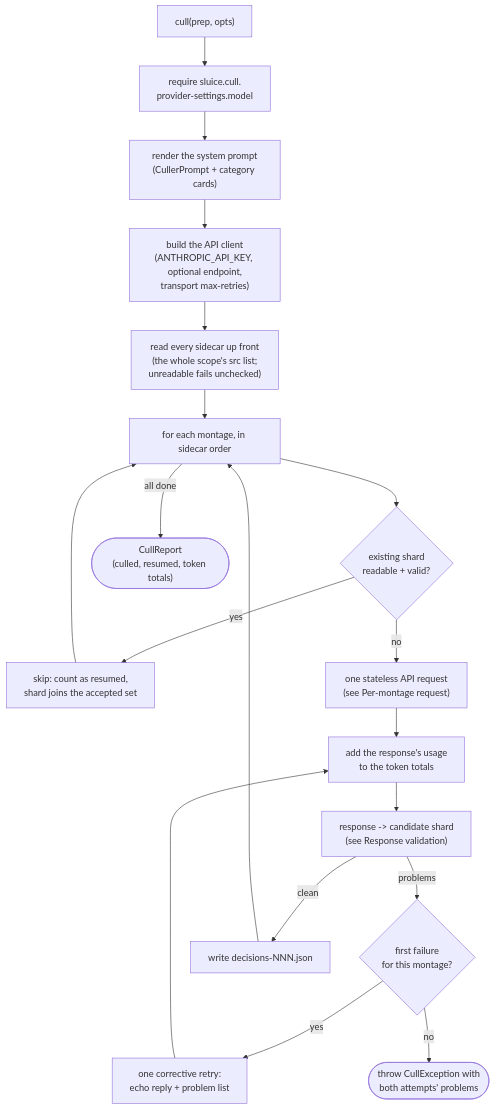
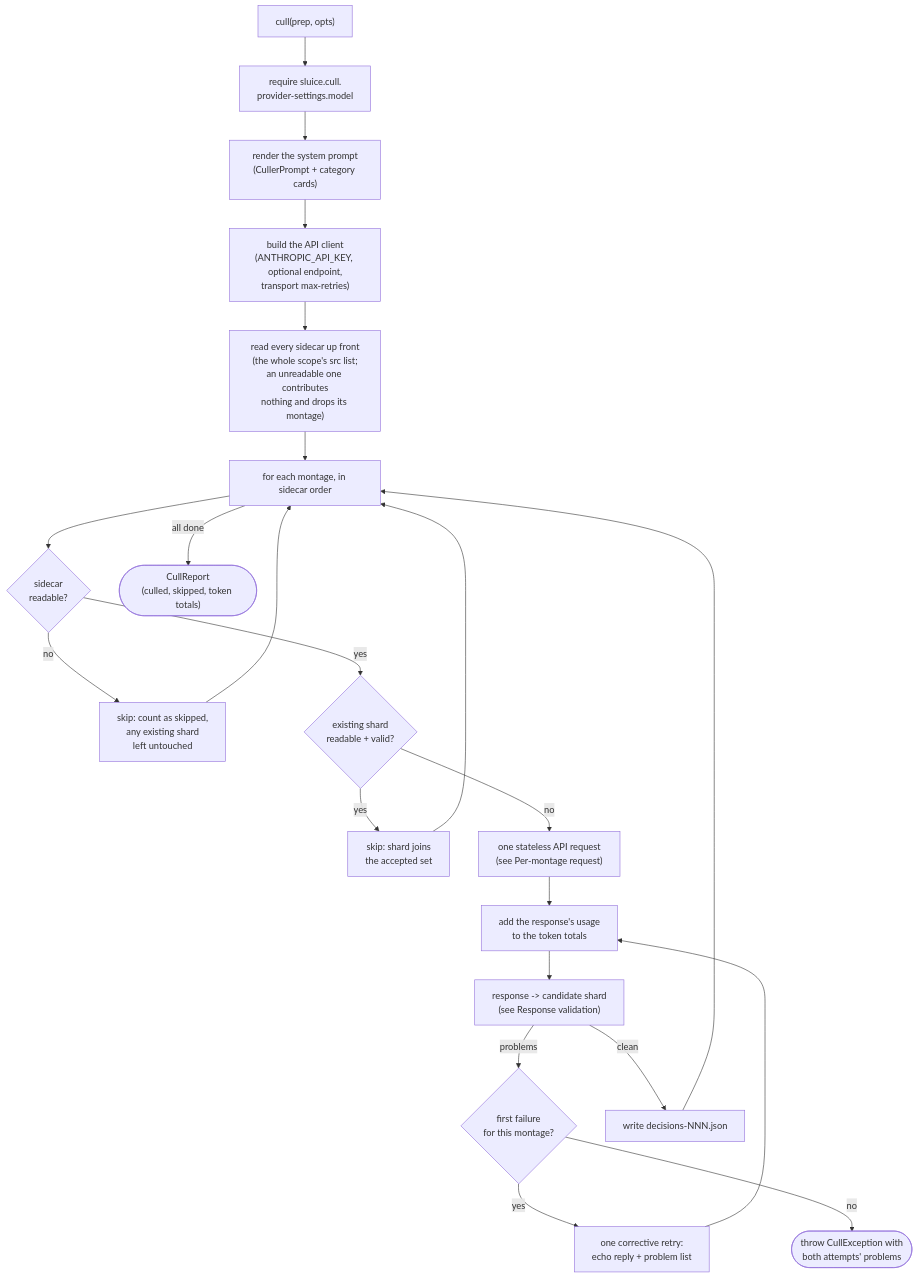
Before and after one commit to AdrianNachev91/sluice: the first of 3 diagrams in app/docs/design/adapter/vision/anthropic-culler.md, drawn with Mermaid. The commit also changed other lines of this file and 8 other files, not shown here.

````diff
--- a/app/docs/design/adapter/vision/anthropic-culler.md
+++ b/app/docs/design/adapter/vision/anthropic-culler.md
@@ -13,21 +13,24 @@
 ```mermaid
 flowchart TD
     A["cull(prep, opts)"] --> B["require sluice.cull.<br/>provider-settings.model"]
     B --> C["render the system prompt<br/>(CullerPrompt + category cards)"]
     C --> D["build the API client<br/>(ANTHROPIC_API_KEY, optional endpoint,<br/>transport max-retries)"]
-    D --> W["read every sidecar up front<br/>(the whole scope's src list;<br/>unreadable fails unchecked)"]
+    D --> W["read every sidecar up front<br/>(the whole scope's src list;<br/>an unreadable one contributes<br/>nothing and drops its montage)"]
     W --> E["for each montage, in sidecar order"]
-    E --> R{"existing shard<br/>readable + valid?"}
-    R -- yes --> S["skip: count as resumed,<br/>shard joins the accepted set"]
+    E --> Q{"sidecar<br/>readable?"}
+    Q -- no --> S2["skip: count as skipped,<br/>any existing shard<br/>left untouched"]
+    S2 --> E
+    Q -- yes --> R{"existing shard<br/>readable + valid?"}
+    R -- yes --> S["skip: shard joins<br/>the accepted set"]
     S --> E
     R -- no --> F["one stateless API request<br/>(see Per-montage request)"]
     F --> J["add the response's usage<br/>to the token totals"]
     J --> G["response -> candidate shard<br/>(see Response validation)"]
     G -- problems --> T{"first failure<br/>for this montage?"}
     T -- yes --> U["one corrective retry:<br/>echo reply + problem list"]
     U --> J
     T -- no --> X(["throw CullException with<br/>both attempts' problems"])
     G -- clean --> I["write decisions-NNN.json"]
     I --> E
-    E -- all done --> K(["CullReport<br/>(culled, resumed, token totals)"])
+    E -- all done --> K(["CullReport<br/>(culled, skipped, token totals)"])
 ```
````
